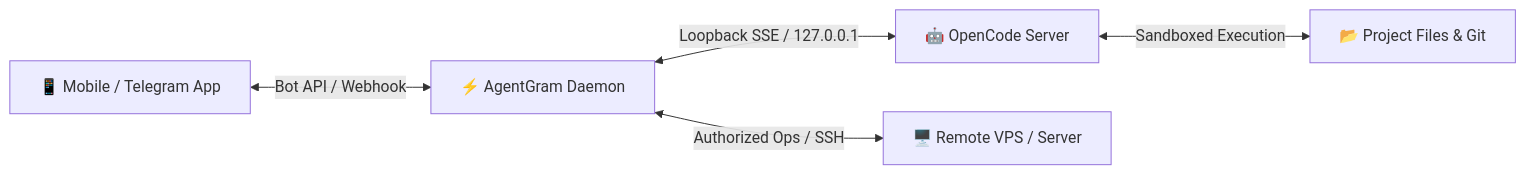
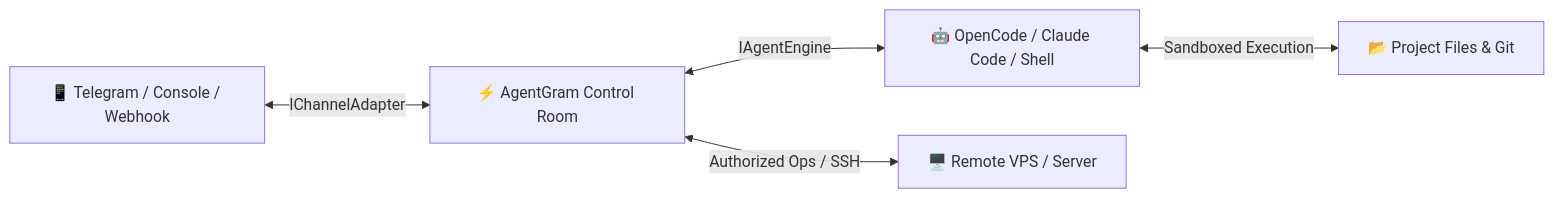
Before and after one commit to crewloom/bridge: the diagram in README.md, drawn with Mermaid. The commit also changed other lines of this file and 17 other files, not shown here.

Commit message:
feat(architecture): generalize AgentGram with pluggable channel and agent engine adapters

````diff
--- a/README.md
+++ b/README.md
@@ -41,7 +42,7 @@
 ```mermaid
 flowchart LR
-    User["📱 Mobile / Telegram App"] <-->|Bot API / Webhook| Daemon["⚡ AgentGram Daemon"]
-    Daemon <-->|Loopback SSE / 127.0.0.1| Server["🤖 OpenCode Server"]
-    Server <-->|Sandboxed Execution| Project["📂 Project Files & Git"]
-    Daemon <-->|Authorized Ops / SSH| Remote["🖥️ Remote VPS / Server"]
+    User["📱 Telegram / Console / Webhook"] <-->|IChannelAdapter| ControlRoom["⚡ AgentGram Control Room"]
+    ControlRoom <-->|IAgentEngine| Engine["🤖 OpenCode / Claude Code / Shell"]
+    Engine <-->|Sandboxed Execution| Project["📂 Project Files & Git"]
+    ControlRoom <-->|Authorized Ops / SSH| Remote["🖥️ Remote VPS / Server"]
 ```
````
